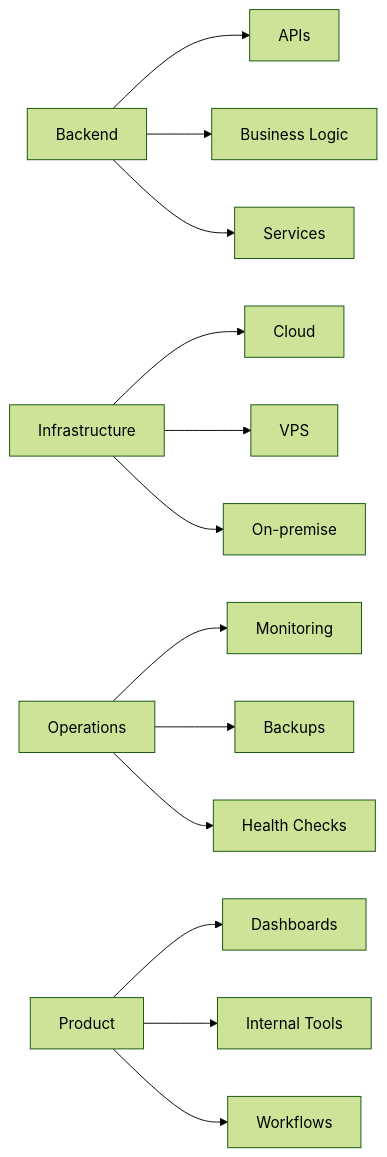
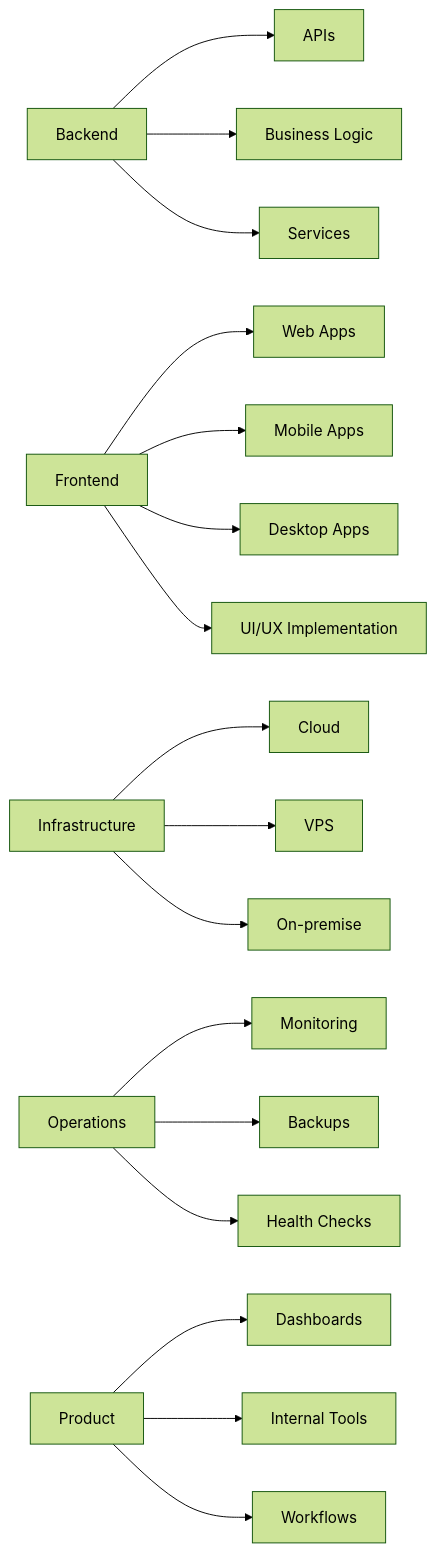
Before and after one commit to DZAKYALR/DZAKYALR: the first of 2 diagrams in README.md, drawn with Mermaid (forest theme).

Commit message:
Revise architecture diagram in README
Updated architecture diagram in README to reflect frontend and operations components.

````diff
--- a/README.md
+++ b/README.md
@@ -44,18 +44,23 @@
 ```mermaid
 flowchart LR
     A[Backend] --> B[APIs]
     A --> C[Business Logic]
     A --> D[Services]
 
-    E[Infrastructure] --> F[Cloud]
-    E --> G[VPS]
-    E --> H[On-premise]
+    E[Frontend] --> E1[Web Apps]
+    E --> E2[Mobile Apps]
+    E --> E3[Desktop Apps]
+    E --> E4[UI/UX Implementation]
 
-    I[Operations] --> J[Monitoring]
-    I --> K[Backups]
-    I --> L[Health Checks]
+    F[Infrastructure] --> G[Cloud]
+    F --> H[VPS]
+    F --> I[On-premise]
 
-    M[Product] --> N[Dashboards]
-    M --> O[Internal Tools]
-    M --> P[Workflows]
+    J[Operations] --> K[Monitoring]
+    J --> L[Backups]
+    J --> M[Health Checks]
+
+    N[Product] --> O[Dashboards]
+    N --> P[Internal Tools]
+    N --> Q[Workflows]
 ```
````
